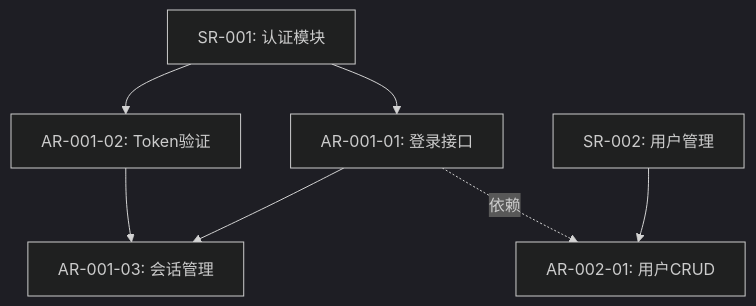
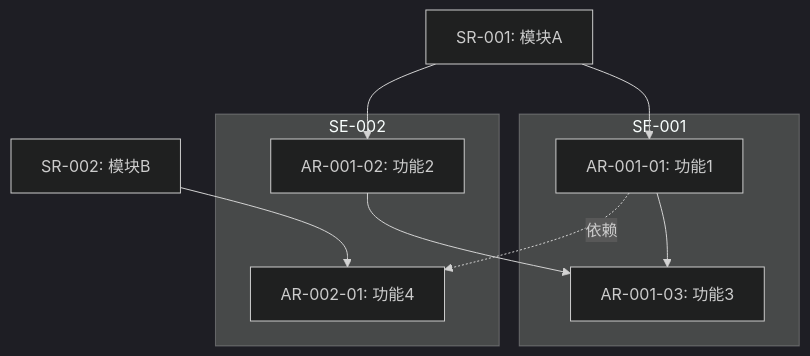
Before and after one commit to aiimoyu/hyper-designer: the third of 3 diagrams in src/skills/hyper-designer/sr-ar-decomposition/templates/sr-ar-template.md, drawn with Mermaid (dark theme). The commit also changed other lines of this file and 5 other files, not shown here.

````diff
--- a/src/skills/hyper-designer/sr-ar-decomposition/templates/sr-ar-template.md
+++ b/src/skills/hyper-designer/sr-ar-decomposition/templates/sr-ar-template.md
@@ -222,10 +424,19 @@
 ```mermaid
 graph TD
-    SR001[SR-001: 认证模块] --> AR001-01[AR-001-01: 登录接口]
-    SR001 --> AR001-02[AR-001-02: Token验证]
-    AR001-01 --> AR001-03[AR-001-03: 会话管理]
+    SR001[SR-001: 模块A] --> AR001-01[AR-001-01: 功能1]
+    SR001 --> AR001-02[AR-001-02: 功能2]
+    AR001-01 --> AR001-03[AR-001-03: 功能3]
     AR001-02 --> AR001-03
-    
-    SR002[SR-002: 用户管理] --> AR002-01[AR-002-01: 用户CRUD]
+
+    SR002[SR-002: 模块B] --> AR002-01[AR-002-01: 功能4]
     AR001-01 -.依赖.-> AR002-01
+
+    subgraph SE-001
+        AR001-01
+        AR001-03
+    end
+    subgraph SE-002
+        AR001-02
+        AR002-01
+    end
 ```
````
